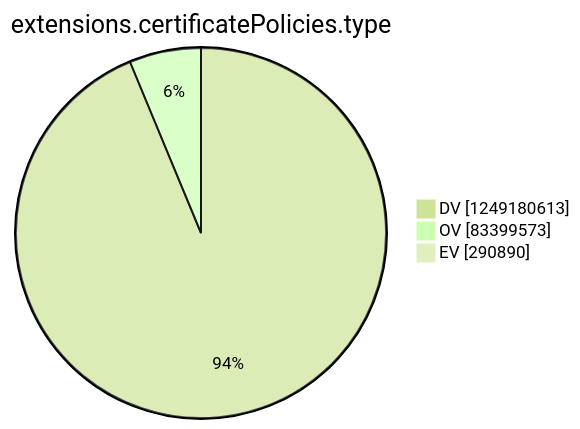
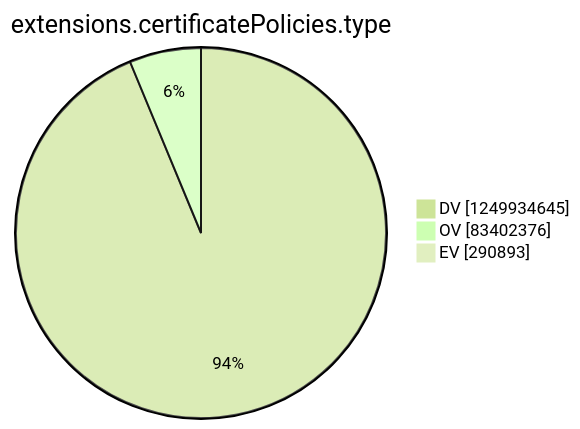
Before and after one commit to christiankrug/ctmonitor_visualization: the tenth of 15 diagrams in argon2022/README.md, drawn with Mermaid (forest theme). The commit also changed other lines of this file, not shown here.

````diff
--- a/argon2022/README.md
+++ b/argon2022/README.md
@@ -2771,7 +2771,7 @@
 ```mermaid
 pie showData
 title extensions.certificatePolicies.type
-"DV" :1249180613
-"OV" :83399573
-"EV" :290890
+"DV" :1249934645
+"OV" :83402376
+"EV" :290893
 ```
````
